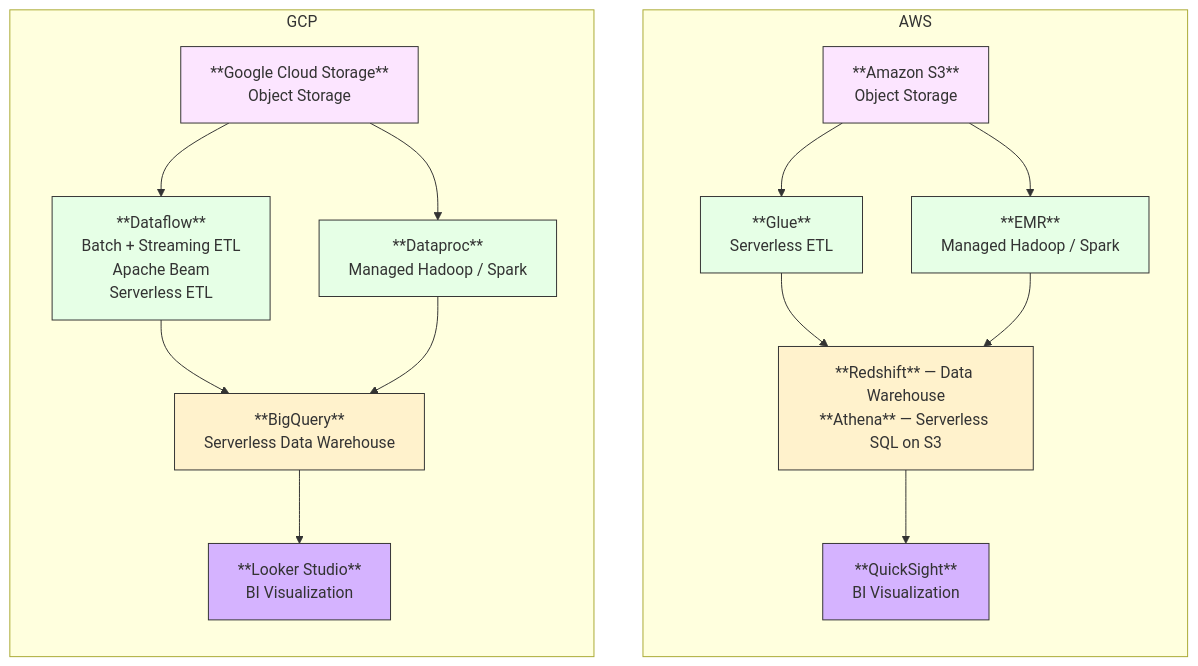
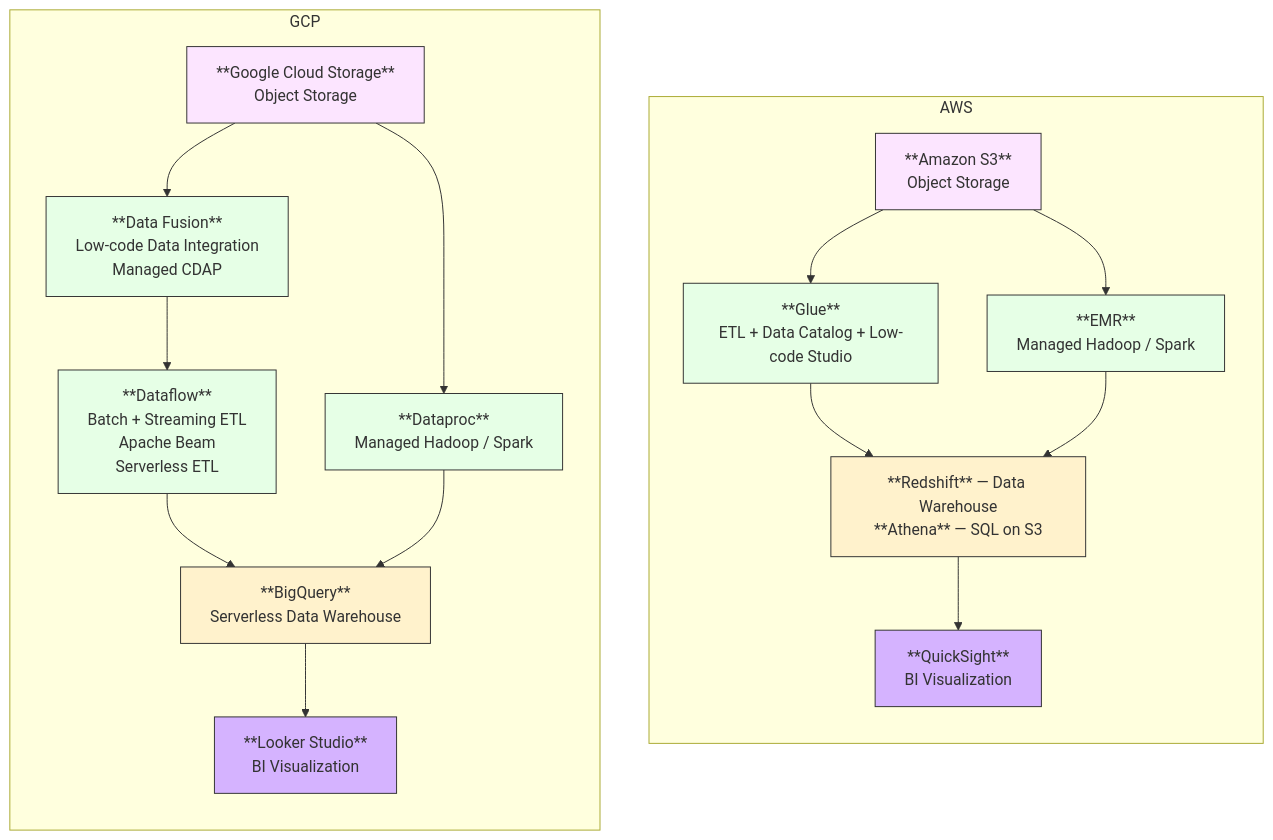
Before and after one commit to blaire101/DE2-AWS-Azure-GCP-2025: the first of 14 diagrams in README.md, drawn with Mermaid.

````diff
--- a/README.md
+++ b/README.md
@@ -1,39 +1,40 @@
 ```mermaid
-flowchart TB 
+flowchart TB
     %% === AWS Side ===
     subgraph AWS[AWS]
         direction TB
         QS[**QuickSight**<br/>BI Visualization]
-        RS[**Redshift** — Data Warehouse<br/>**Athena** — Serverless SQL on S3]
-        Glue[**Glue**<br/>Serverless ETL]
+        RS[**Redshift** — Data Warehouse<br/>**Athena** — SQL on S3]
+        Glue[**Glue**<br/>ETL + Data Catalog + Low-code Studio]
         EMR[**EMR**<br/>Managed Hadoop / Spark]
         S3[**Amazon S3**<br/>Object Storage]
     end
 
     %% === GCP Side ===
     subgraph GCP[GCP]
         direction TB
         Looker[**Looker Studio**<br/>BI Visualization]
         BQ[**BigQuery**<br/>Serverless Data Warehouse]
-        Dataflow[**Dataflow**<br/>Batch + Streaming ETL<br/>Apache Beam<br/>Serverless ETL ]
+        DataFusion[**Data Fusion**<br/>Low-code Data Integration<br/>Managed CDAP]
+        Dataflow[**Dataflow**<br/>Batch + Streaming ETL<br/>Apache Beam<br/>Serverless ETL]
         Dataproc[**Dataproc**<br/>Managed Hadoop / Spark]
         GCS[**Google Cloud Storage**<br/>Object Storage]
     end
 
     %% === Flow Arrows ===
     S3 --> Glue --> RS --> QS
     S3 --> EMR --> RS
-    GCS --> Dataflow --> BQ --> Looker
+    GCS --> DataFusion --> Dataflow --> BQ --> Looker
     GCS --> Dataproc --> BQ
 
     %% === Styles ===
     classDef storage fill:#fce5ff,stroke:#333,stroke-width:1px;
     classDef process fill:#e6ffe6,stroke:#333,stroke-width:1px;
     classDef warehouse fill:#fff2cc,stroke:#333,stroke-width:1px;
     classDef bi fill:#d5b3ff,stroke:#333,stroke-width:1px;
 
     class S3,GCS storage;
-    class EMR,Dataproc,Glue,Dataflow process;
+    class EMR,Dataproc,Glue,Dataflow,DataFusion process;
     class RS,BQ warehouse;
     class QS,Looker bi;
 ```
````
